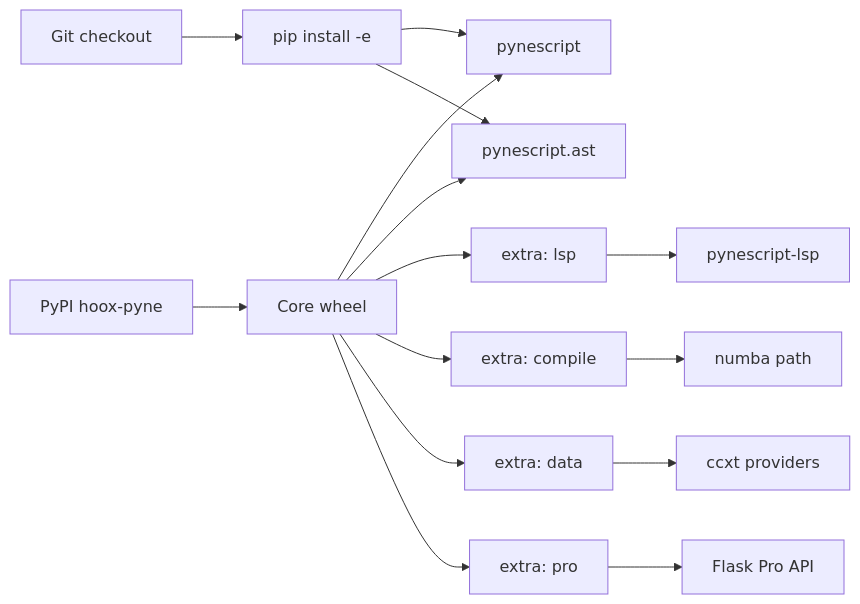
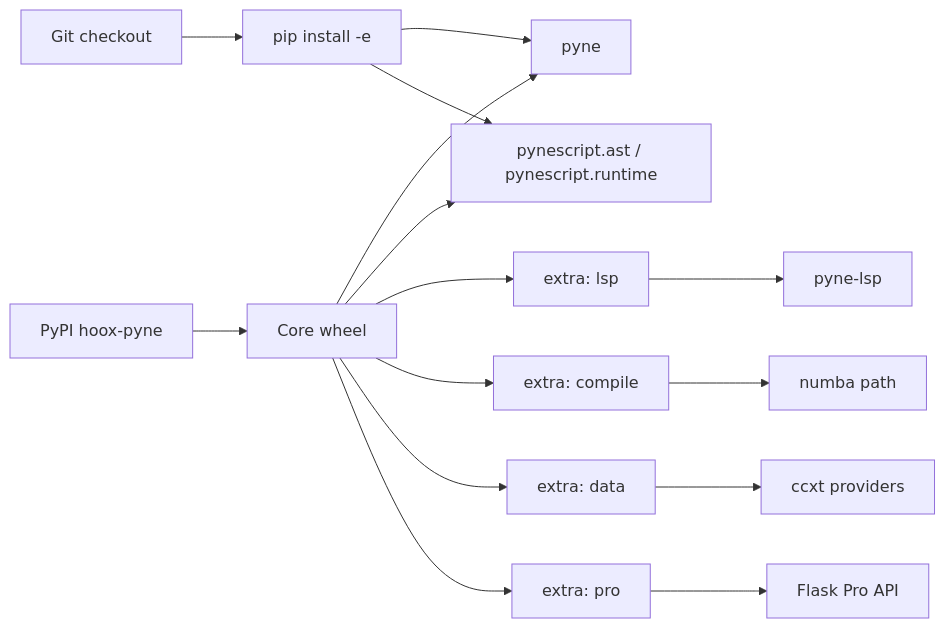
The diagram in docs/pyne/enduser/getting-started/installation.mdx (hoox-sh/pyne), drawn with Mermaid before and after one commit. The commit also changed other lines of this file and 44 other files, not shown here.

````diff
--- a/docs/pyne/enduser/getting-started/installation.mdx
+++ b/docs/pyne/enduser/getting-started/installation.mdx
@@ -46,17 +46,17 @@
 ```mermaid
 flowchart LR
   PYPI["PyPI hoox-pyne"] --> CORE[Core wheel]
   GIT[Git checkout] --> EDIT[pip install -e]
-  CORE --> CLI[pynescript]
-  CORE --> LIB[pynescript.ast]
+  CORE --> CLI[pyne]
+  CORE --> LIB[pynescript.ast / pynescript.runtime]
   EDIT --> CLI
   EDIT --> LIB
-  EXTRA_LSP["extra: lsp"] --> LSP[pynescript-lsp]
+  EXTRA_LSP["extra: lsp"] --> LSP[pyne-lsp]
   EXTRA_COMPILE["extra: compile"] --> NUMBA[numba path]
   EXTRA_DATA["extra: data"] --> CCXT[ccxt providers]
   EXTRA_PRO["extra: pro"] --> API[Flask Pro API]
   CORE --> EXTRA_LSP
   CORE --> EXTRA_COMPILE
   CORE --> EXTRA_DATA
   CORE --> EXTRA_PRO
 ```
````
